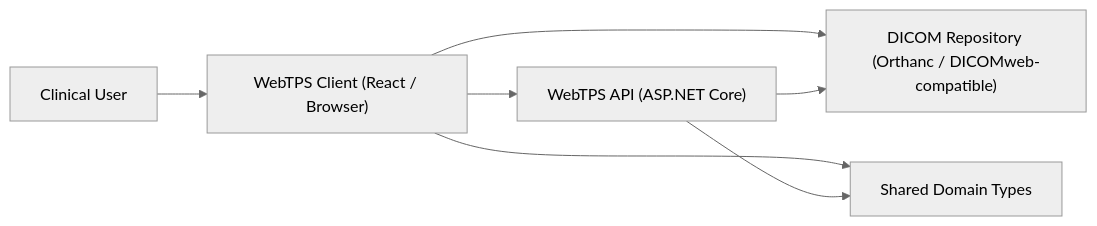
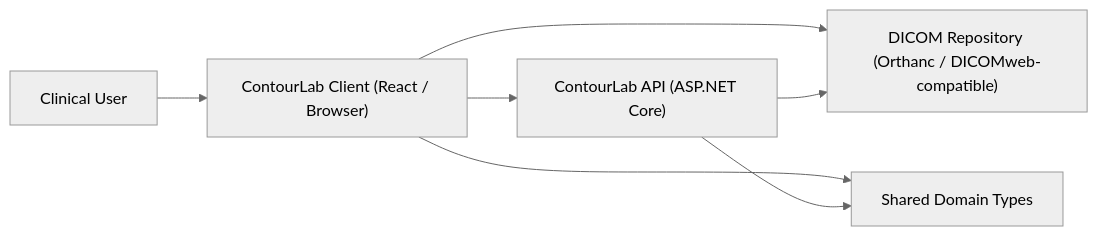
The first of 2 diagrams in DHF/documents/specs/System_Architecture_Specification.md (itercharles/ContourLab), drawn with Mermaid (neutral theme) before and after one commit. The commit also changed other lines of this file and 171 other files, not shown here.

Commit message:
chore: rename WebTPS to ContourLab

````diff
--- a/DHF/documents/specs/System_Architecture_Specification.md
+++ b/DHF/documents/specs/System_Architecture_Specification.md
@@ -49,9 +49,9 @@
 ```mermaid
 flowchart LR
-  User["Clinical User"] --> Client["WebTPS Client (React / Browser)"]
-  Client --> Api["WebTPS API (ASP.NET Core)"]
+  User["Clinical User"] --> Client["ContourLab Client (React / Browser)"]
+  Client --> Api["ContourLab API (ASP.NET Core)"]
   Client --> Repo["DICOM Repository (Orthanc / DICOMweb-compatible)"]
   Api --> Repo
   Client --> Shared["Shared Domain Types"]
   Api --> Shared
 ```
````
